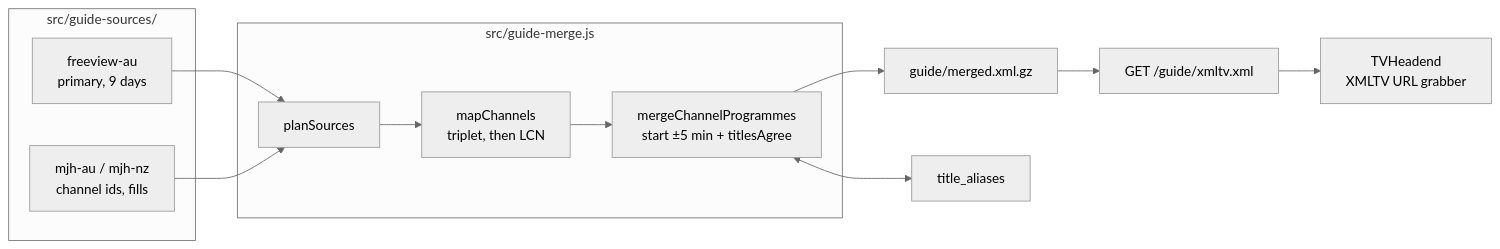
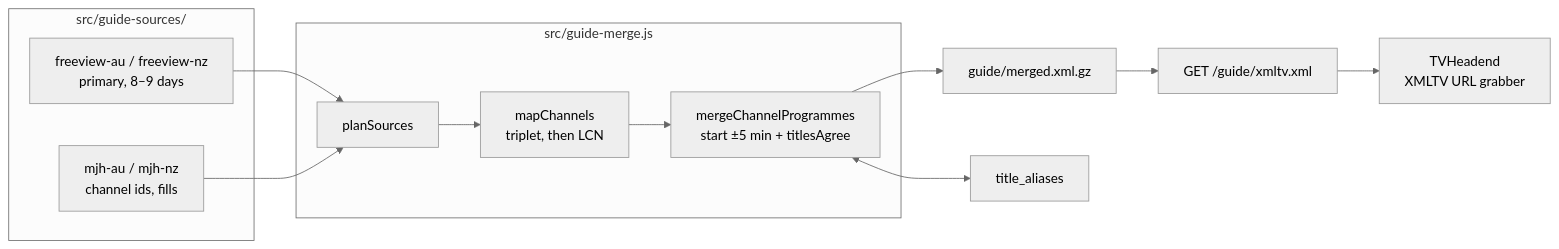
The fifth of 10 diagrams in docs/DEEP_DIVE.md (furey/freetvarr), drawn with Mermaid (neutral theme) before and after one commit. The commit also changed other lines of this file and 22 other files, not shown here.

````diff
--- a/docs/DEEP_DIVE.md
+++ b/docs/DEEP_DIVE.md
@@ -453,20 +453,20 @@
 ```mermaid
 flowchart LR
   subgraph sources["src/guide-sources/"]
-    fv["freeview-au<br>primary, 9 days"]
+    fv["freeview-au / freeview-nz<br>primary, 8–9 days"]
     mjh["mjh-au / mjh-nz<br>channel ids, fills"]
   end
   subgraph merge["src/guide-merge.js"]
     plan["planSources"]
     map["mapChannels<br>triplet, then LCN"]
     slot["mergeChannelProgrammes<br>start ±5 min + titlesAgree"]
   end
   file["guide/merged.xml.gz"]
   route["GET /guide/xmltv.xml"]
   tvh["TVHeadend<br>XMLTV URL grabber"]
   aliases["title_aliases"]
   fv --> plan
   mjh --> plan
   plan --> map --> slot --> file --> route --> tvh
   slot <--> aliases
 ```
````
